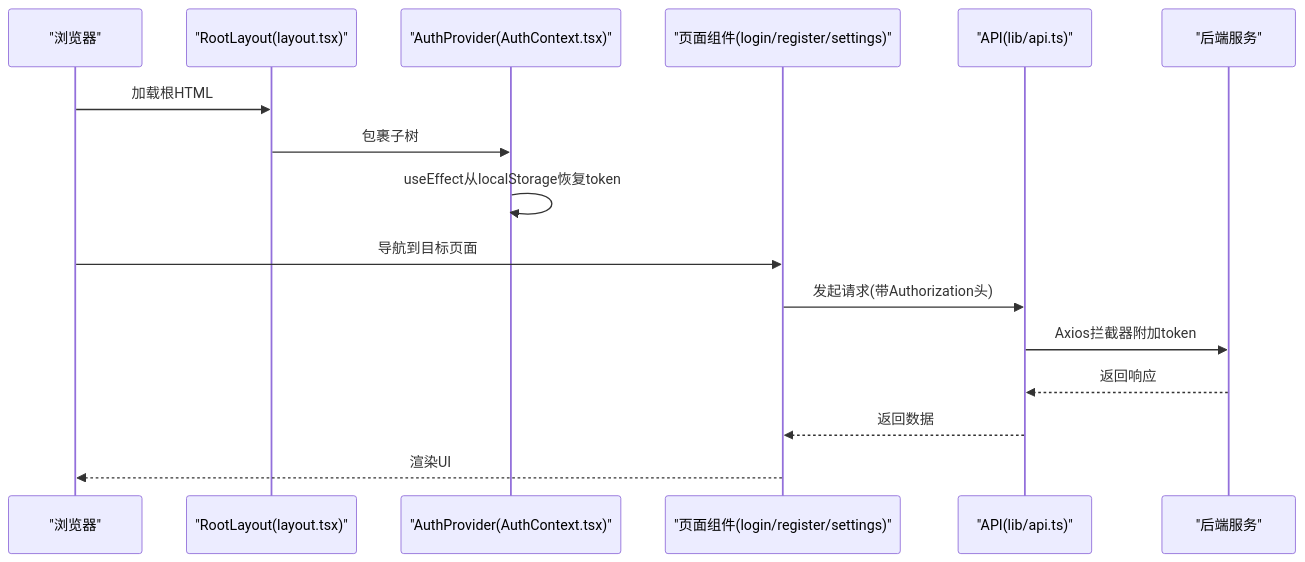
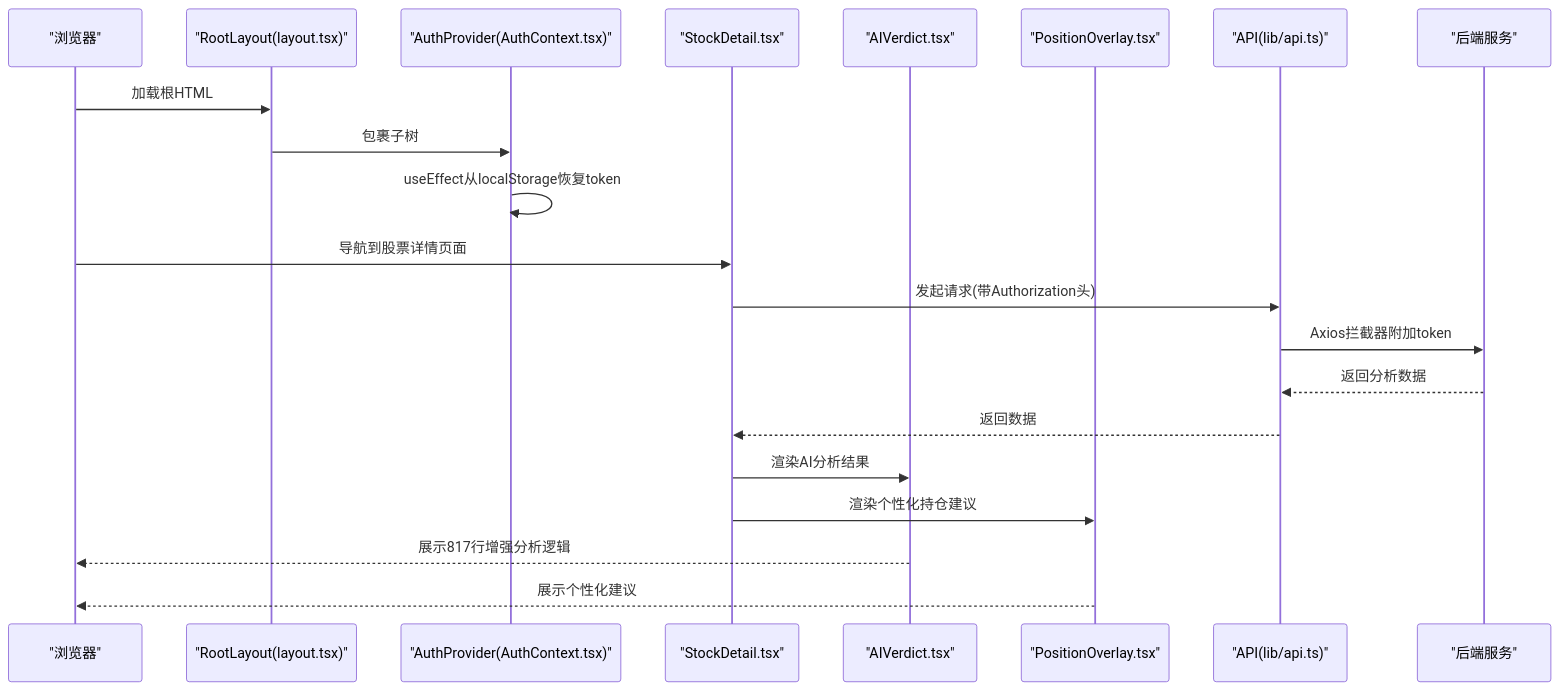
Before and after one commit to breeze-lyf/ai-stock-advisor: the second of 10 diagrams in .qoder/repowiki/zh/content/前端开发指南/React组件设计/React组件设计.md, drawn with Mermaid. The commit also changed other lines of this file and 30 other files, not shown here.

Commit message:
feat: Migrate AI model preference from Gemini to DeepSeek-v3, increase AI service timeout, and add stock snapshot API.

````diff
--- a/.qoder/repowiki/zh/content/前端开发指南/React组件设计/React组件设计.md
+++ b/.qoder/repowiki/zh/content/前端开发指南/React组件设计/React组件设计.md
@@ -148,18 +186,23 @@
 ```mermaid
 sequenceDiagram
 participant Browser as "浏览器"
 participant Layout as "RootLayout(layout.tsx)"
 participant Provider as "AuthProvider(AuthContext.tsx)"
-participant Page as "页面组件(login/register/settings)"
+participant Page as "StockDetail.tsx"
+participant AIV as "AIVerdict.tsx"
+participant PO as "PositionOverlay.tsx"
 participant API as "API(lib/api.ts)"
 participant Backend as "后端服务"
 Browser->>Layout : 加载根HTML
 Layout->>Provider : 包裹子树
 Provider->>Provider : useEffect从localStorage恢复token
-Browser->>Page : 导航到目标页面
+Browser->>Page : 导航到股票详情页面
 Page->>API : 发起请求(带Authorization头)
 API->>Backend : Axios拦截器附加token
-Backend-->>API : 返回响应
+Backend-->>API : 返回分析数据
 API-->>Page : 返回数据
-Page-->>Browser : 渲染UI
+Page->>AIV : 渲染AI分析结果
+Page->>PO : 渲染个性化持仓建议
+AIV-->>Browser : 展示817行增强分析逻辑
+PO-->>Browser : 展示个性化建议
 ```
````
